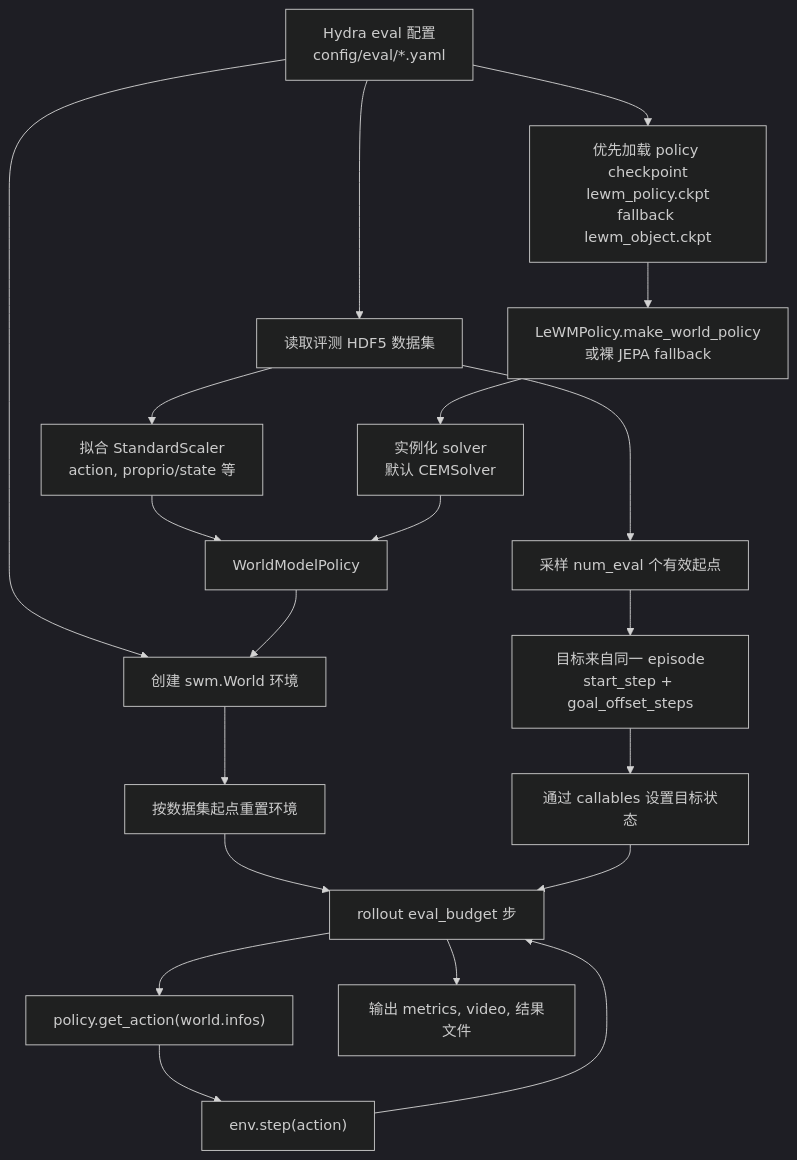
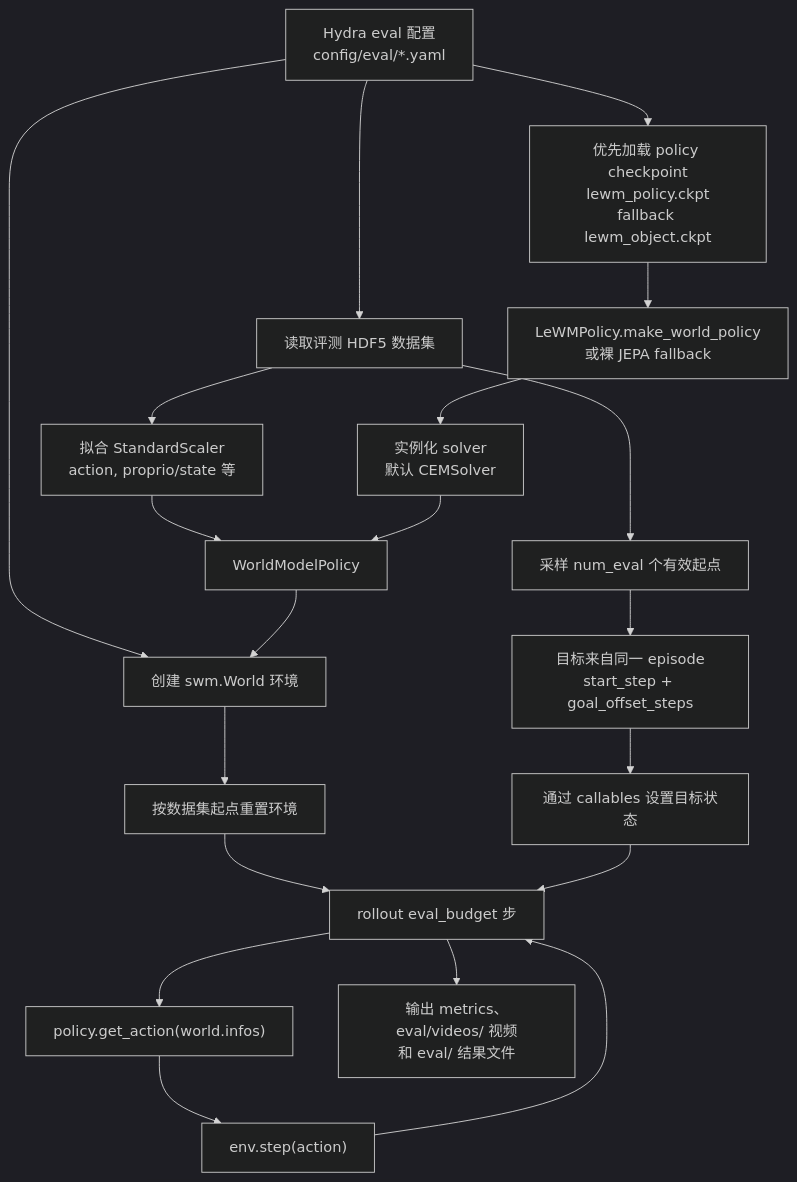
Before and after one commit to 040822/le-wm: the third of 5 diagrams in docs/leworldmodel_diagrams.md, drawn with Mermaid (dark theme). The commit also changed other lines of this file and 12 other files, not shown here.

````diff
--- a/docs/leworldmodel_diagrams.md
+++ b/docs/leworldmodel_diagrams.md
@@ -67,24 +67,24 @@
 ```mermaid
 flowchart TD
     ECFG["Hydra eval 配置<br/>config/eval/*.yaml"] --> WORLD["创建 swm.World 环境"]
     ECFG --> DSET["读取评测 HDF5 数据集"]
     DSET --> STAT["拟合 StandardScaler<br/>action, proprio/state 等"]
     DSET --> SAMPLE["采样 num_eval 个有效起点"]
     SAMPLE --> GOAL["目标来自同一 episode<br/>start_step + goal_offset_steps"]
 
     ECFG --> CKPT["优先加载 policy checkpoint<br/>lewm_policy.ckpt<br/>fallback lewm_object.ckpt"]
     CKPT --> LEWM["LeWMPolicy.make_world_policy<br/>或裸 JEPA fallback"]
     LEWM --> SOLVER["实例化 solver<br/>默认 CEMSolver"]
     STAT --> POLICY["WorldModelPolicy"]
     SOLVER --> POLICY
     POLICY --> WORLD
 
     WORLD --> RESET["按数据集起点重置环境"]
     GOAL --> SETGOAL["通过 callables 设置目标状态"]
     RESET --> LOOP["rollout eval_budget 步"]
     SETGOAL --> LOOP
     LOOP --> ACT["policy.get_action(world.infos)"]
     ACT --> STEP["env.step(action)"]
     STEP --> LOOP
-    LOOP --> METRIC["输出 metrics, video, 结果文件"]
+    LOOP --> METRIC["输出 metrics、eval/videos/ 视频<br/>和 eval/ 结果文件"]
 ```
````
